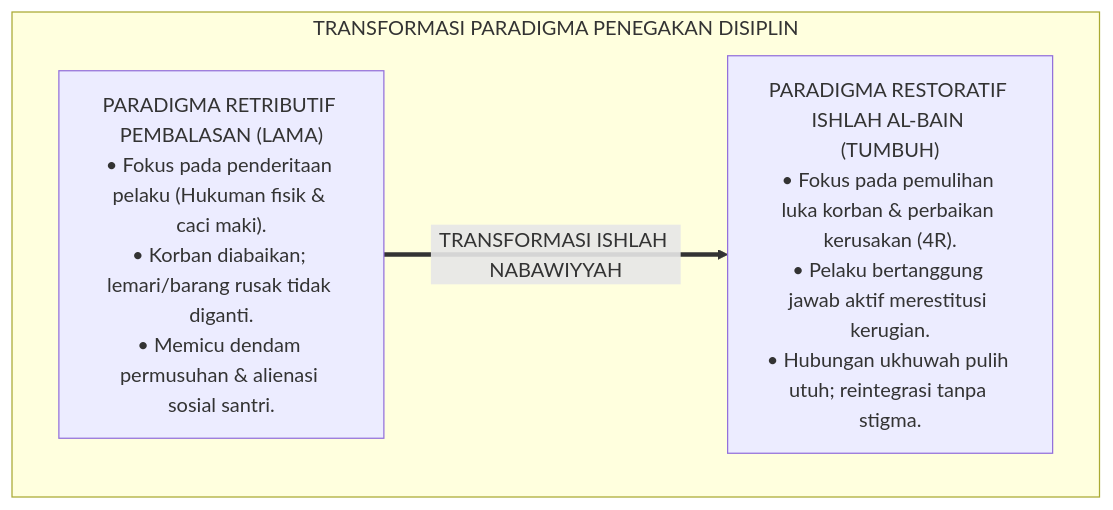
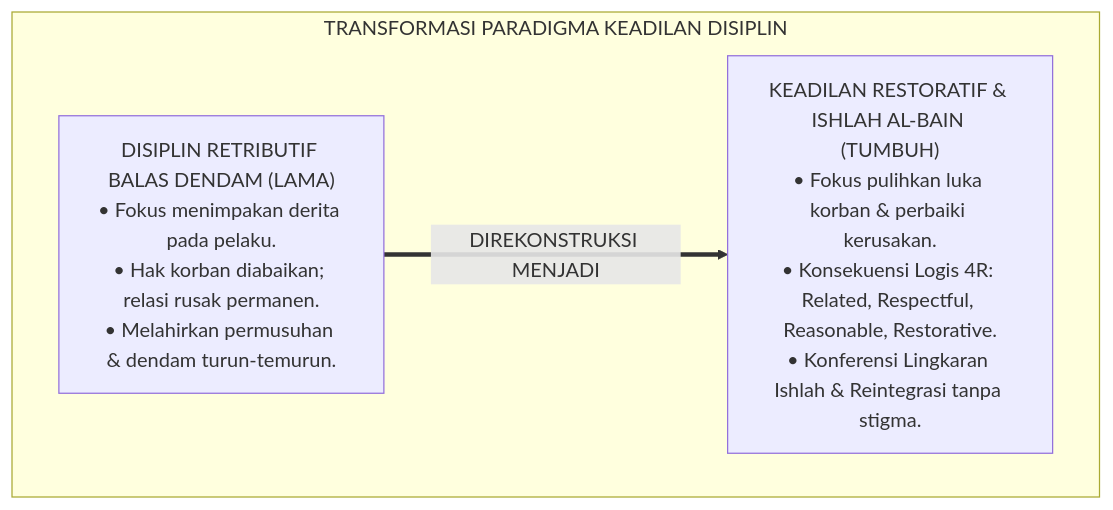
One commit to wandiapriliyandi/tumbuh changed the first of 3 diagrams in 02 Principles/06 Intervention Principles/P2-06-04-Prinsip-Restorative-Conferencing-dan-Ishlah.md. Above: the diagram before and after it, drawn with Mermaid. The commit also changed other lines of this file and 7 other files, not shown here.

````diff
--- a/02 Principles/06 Intervention Principles/P2-06-04-Prinsip-Restorative-Conferencing-dan-Ishlah.md
+++ b/02 Principles/06 Intervention Principles/P2-06-04-Prinsip-Restorative-Conferencing-dan-Ishlah.md
@@ -60,10 +56,10 @@
 ```mermaid
 flowchart TD
-    subgraph TransformasiKeadilanPesantren["TRANSFORMASI PARADIGMA PENEGAKAN DISIPLIN"]
-        RetributifLama["PARADIGMA RETRIBUTIF PEMBALASAN (LAMA)<br/>• Fokus pada penderitaan pelaku (Hukuman fisik & caci maki).<br/>• Korban diabaikan; lemari/barang rusak tidak diganti.<br/>• Memicu dendam permusuhan & alienasi sosial santri."]
+    subgraph TransformasiParadigmaKeadilan["TRANSFORMASI PARADIGMA KEADILAN DISIPLIN"]
+        PolaRetributifLama["DISIPLIN RETRIBUTIF BALAS DENDAM (LAMA)<br/>• Fokus menimpakan derita pada pelaku.<br/>• Hak korban diabaikan; relasi rusak permanen.<br/>• Melahirkan permusuhan & dendam turun-temurun."]
         
-        RestoratifTUMBUH["PARADIGMA RESTORATIF ISHLAH AL-BAIN (TUMBUH)<br/>• Fokus pada pemulihan luka korban & perbaikan kerusakan (4R).<br/>• Pelaku bertanggung jawab aktif merestitusi kerugian.<br/>• Hubungan ukhuwah pulih utuh; reintegrasi tanpa stigma."]
+        PolaRestoratifTUMBUH["KEADILAN RESTORATIF & ISHLAH AL-BAIN (TUMBUH)<br/>• Fokus pulihkan luka korban & perbaiki kerusakan.<br/>• Konsekuensi Logis 4R: Related, Respectful, Reasonable, Restorative.<br/>• Konferensi Lingkaran Ishlah & Reintegrasi tanpa stigma."]
         
-        RetributifLama ==>|TRANSFORMASI ISHLAH NABAWIYYAH| RestoratifTUMBUH
+        PolaRetributifLama ==>|DIREKONSTRUKSI MENJADI| PolaRestoratifTUMBUH
     end
 ```
````
